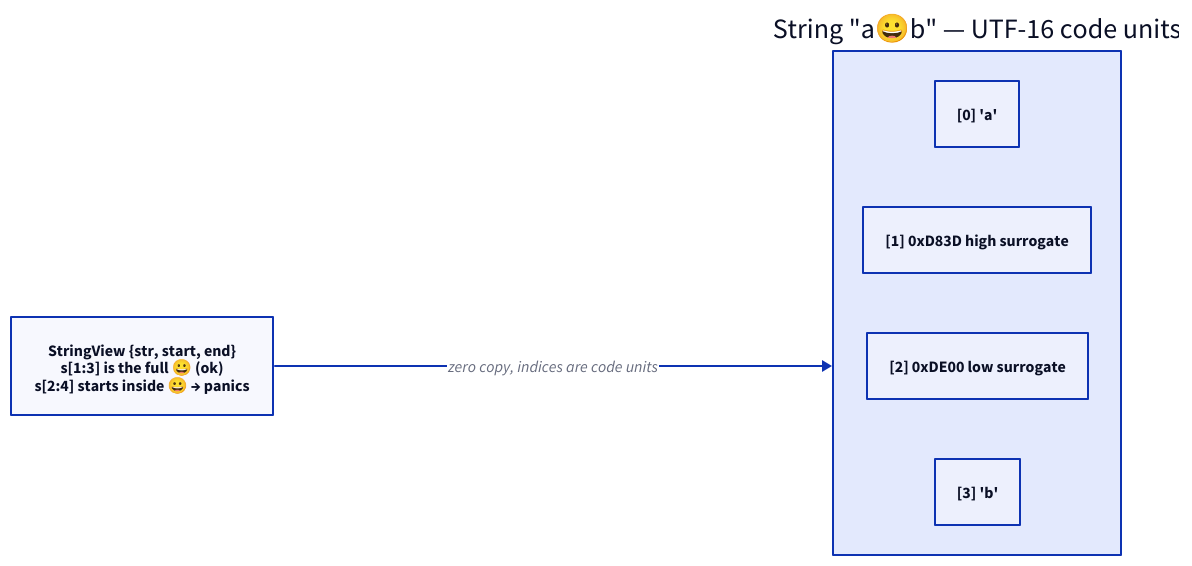
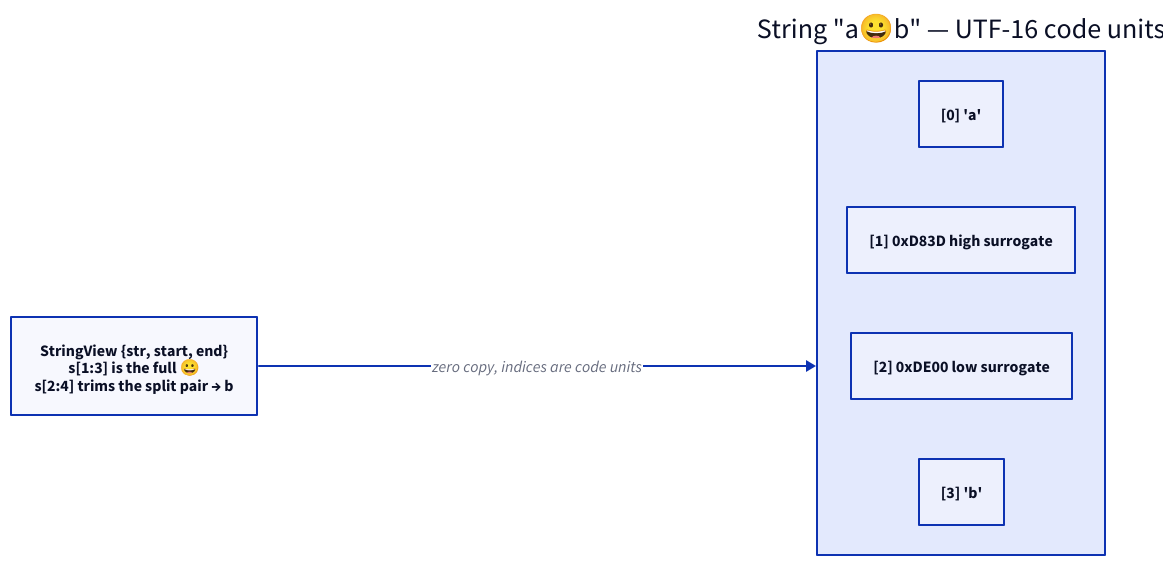
Before and after one commit to moonbitlang/core: the diagram in string/README.mbt.md, drawn with D2. The commit also changed other lines of this file and 24 other files, not shown here.

````diff
--- a/string/README.mbt.md
+++ b/string/README.mbt.md
@@ -138,11 +146,11 @@
 ```d2
 direction: right
 str: "String \"a😀b\" — UTF-16 code units" {
   u0: "[0] 'a'"
   u1: "[1] 0xD83D high surrogate"
   u2: "[2] 0xDE00 low surrogate"
   u3: "[3] 'b'"
 }
-view: "StringView {str, start, end}\ns[1:3] is the full 😀 (ok)\ns[2:4] starts inside 😀 → panics"
+view: "StringView {str, start, end}\ns[1:3] is the full 😀\ns[2:4] trims the split pair → b"
 view -> str: "zero copy, indices are code units"
 ```
````
